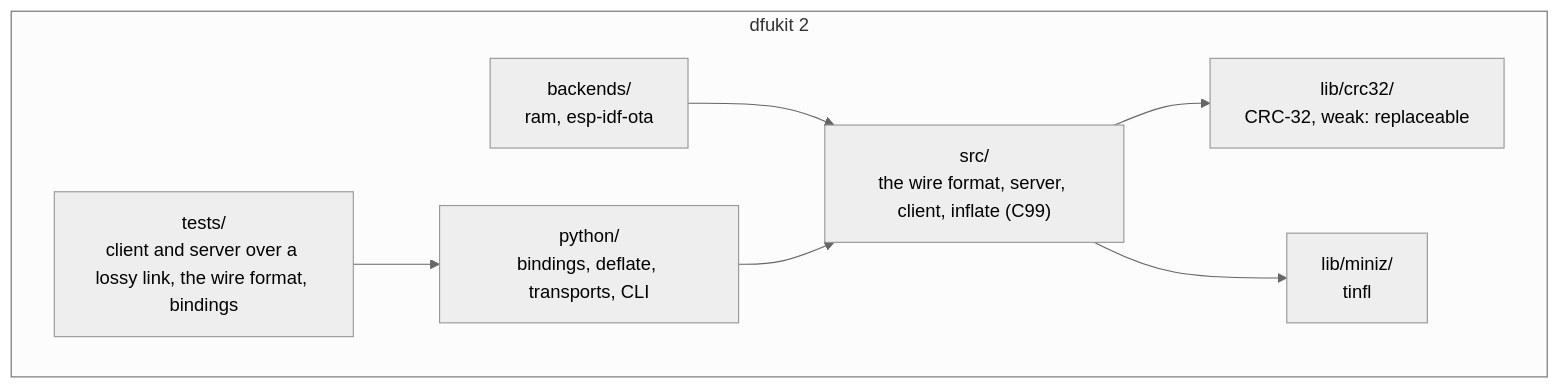
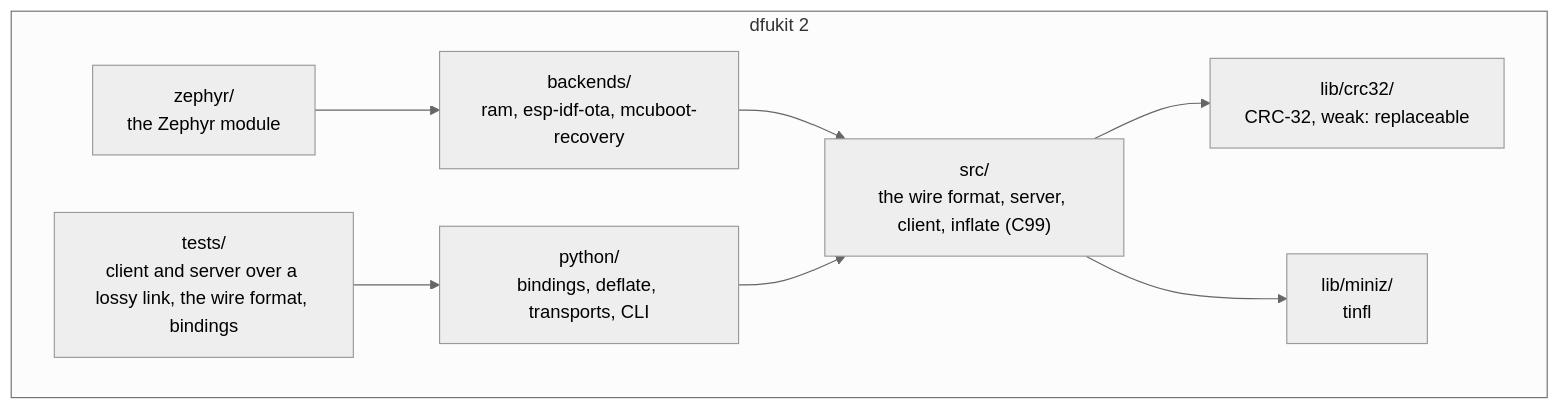
One commit to fvsolutions-dev/dfukit changed diagram 15 of 16 in DESIGN.md. Above: the diagram before and after it, drawn with Mermaid (neutral theme). The commit also changed other lines of this file and 8 other files, not shown here.

````diff
--- a/DESIGN.md
+++ b/DESIGN.md
@@ -521,16 +578,18 @@
 ```mermaid
 flowchart TB
     subgraph repo [dfukit 2]
         core["src/<br/>the wire format, server, client, inflate (C99)"]
         crc["lib/crc32/<br/>CRC-32, weak: replaceable"]
         miniz["lib/miniz/<br/>tinfl"]
-        backends["backends/<br/>ram, esp-idf-ota"]
+        backends["backends/<br/>ram, esp-idf-ota, mcuboot-recovery"]
+        zephyr["zephyr/<br/>the Zephyr module"]
         py["python/<br/>bindings, deflate, transports, CLI"]
         tests["tests/<br/>client and server over a lossy link, the wire format, bindings"]
     end
     core --> crc
     core --> miniz
     backends --> core
     py --> core
+    zephyr --> backends
     tests --> py
 ```
````
